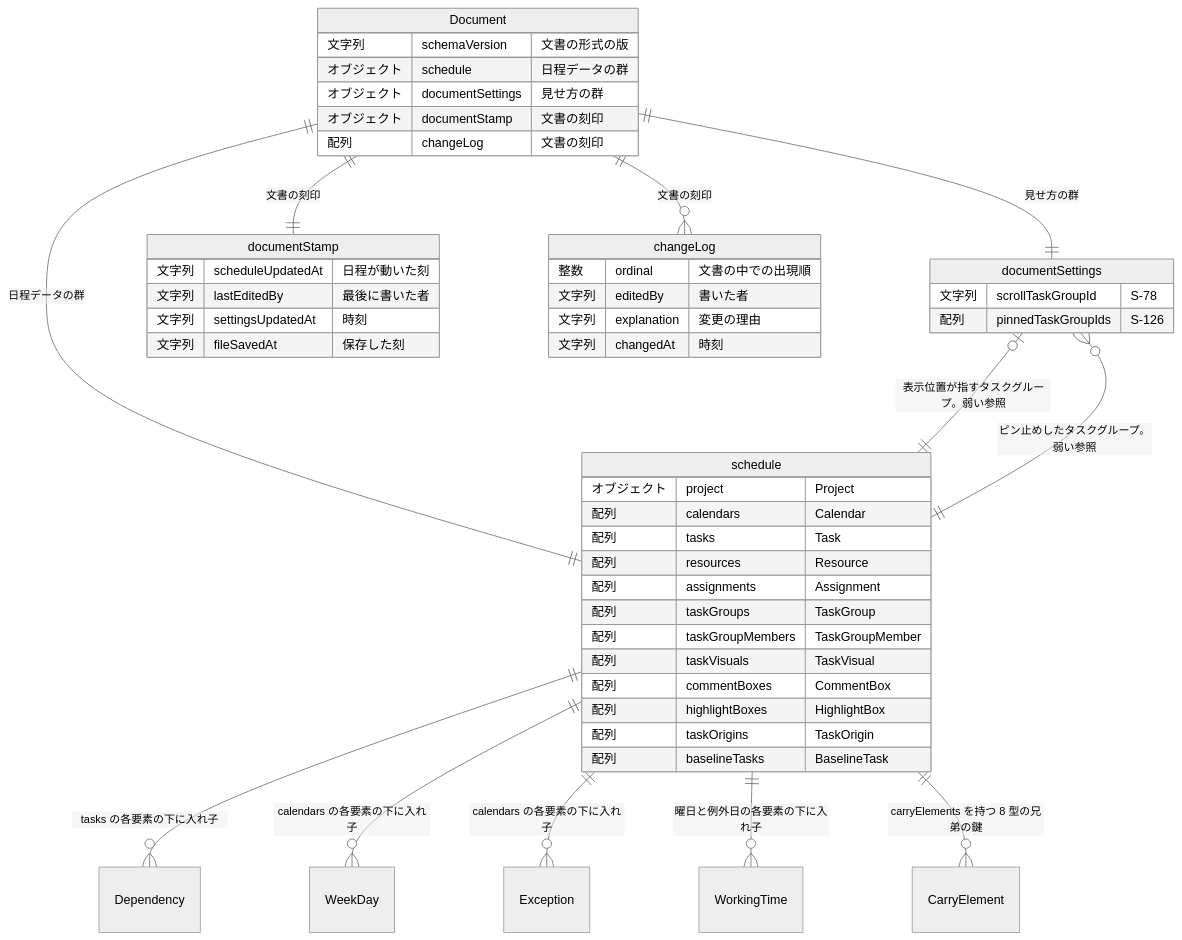
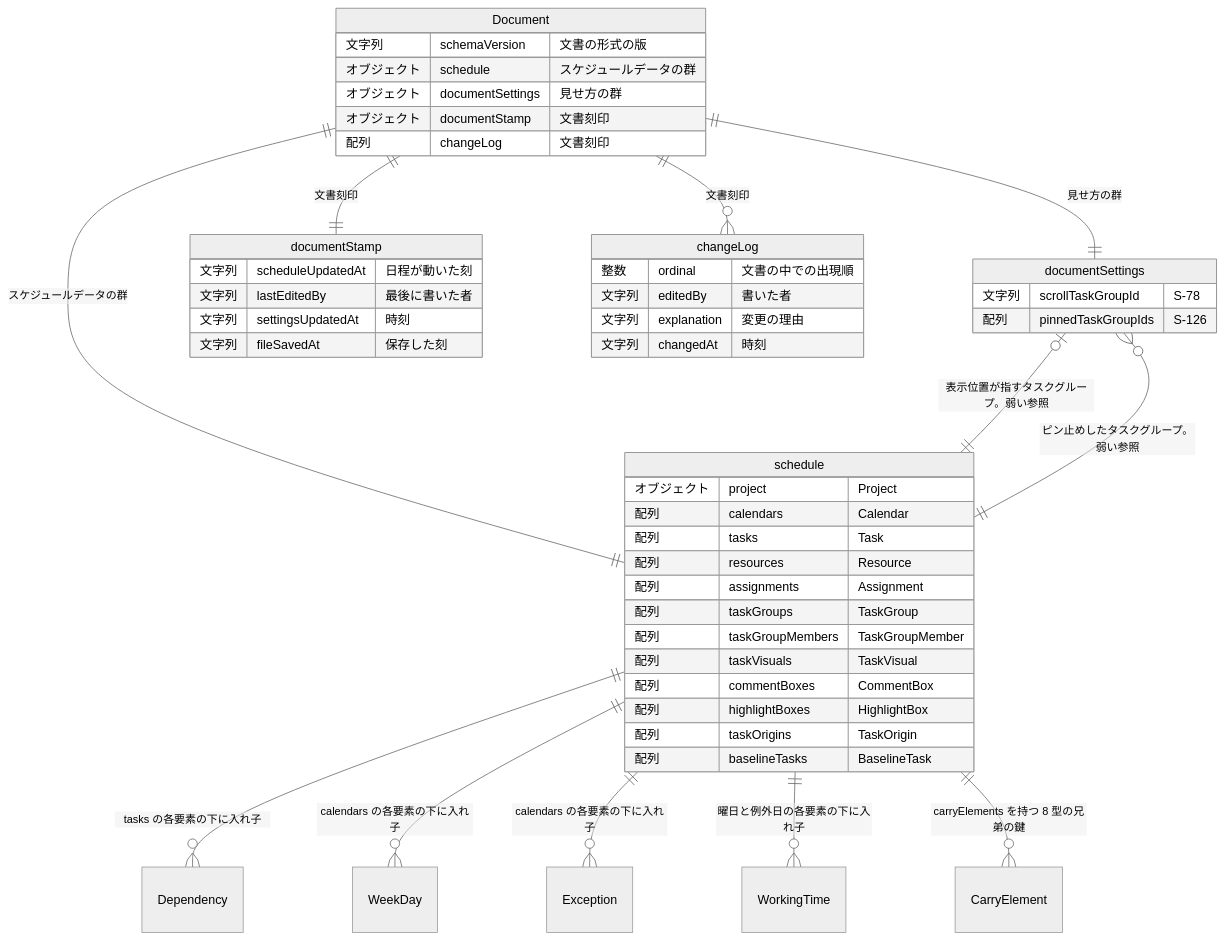
The diagram in docs/spec/_assets/fig-erd-overview.md (GoodRelax/gr-scheduler), drawn with Mermaid (neutral theme) before and after one commit. The commit also changed 443 other files, not shown here.

````diff
--- a/docs/spec/_assets/fig-erd-overview.md
+++ b/docs/spec/_assets/fig-erd-overview.md
@@ -16,56 +16,56 @@
 ```mermaid
 ---
 config:
   er:
     entityPadding: 6
 ---
 erDiagram
     Document {
         文字列 schemaVersion "文書の形式の版"
-        オブジェクト schedule "日程データの群"
+        オブジェクト schedule "スケジュールデータの群"
         オブジェクト documentSettings "見せ方の群"
-        オブジェクト documentStamp "文書の刻印"
-        配列 changeLog "文書の刻印"
+        オブジェクト documentStamp "文書刻印"
+        配列 changeLog "文書刻印"
     }
     schedule {
         オブジェクト project "Project"
         配列 calendars "Calendar"
         配列 tasks "Task"
         配列 resources "Resource"
         配列 assignments "Assignment"
         配列 taskGroups "TaskGroup"
         配列 taskGroupMembers "TaskGroupMember"
         配列 taskVisuals "TaskVisual"
         配列 commentBoxes "CommentBox"
         配列 highlightBoxes "HighlightBox"
         配列 taskOrigins "TaskOrigin"
         配列 baselineTasks "BaselineTask"
     }
     documentSettings {
         文字列 scrollTaskGroupId "S-78"
         配列 pinnedTaskGroupIds "S-126"
     }
     documentStamp {
         文字列 scheduleUpdatedAt "日程が動いた刻"
         文字列 lastEditedBy "最後に書いた者"
         文字列 settingsUpdatedAt "時刻"
         文字列 fileSavedAt "保存した刻"
     }
     changeLog {
         整数 ordinal "文書の中での出現順"
         文字列 editedBy "書いた者"
         文字列 explanation "変更の理由"
         文字列 changedAt "時刻"
     }
-    Document ||--|| schedule : "日程データの群"
+    Document ||--|| schedule : "スケジュールデータの群"
     Document ||--|| documentSettings : "見せ方の群"
-    Document ||--|| documentStamp : "文書の刻印"
-    Document ||--o{ changeLog : "文書の刻印"
+    Document ||--|| documentStamp : "文書刻印"
+    Document ||--o{ changeLog : "文書刻印"
     schedule ||--o{ Dependency : "tasks の各要素の下に入れ子"
     schedule ||--o{ WeekDay : "calendars の各要素の下に入れ子"
     schedule ||--o{ Exception : "calendars の各要素の下に入れ子"
     schedule ||--o{ WorkingTime : "曜日と例外日の各要素の下に入れ子"
     schedule ||--o{ CarryElement : "carryElements を持つ 8 型の兄弟の鍵"
     documentSettings |o--|| schedule : "表示位置が指すタスクグループ。弱い参照"
     documentSettings }o--|| schedule : "ピン止めしたタスクグループ。弱い参照"
 ```
````
